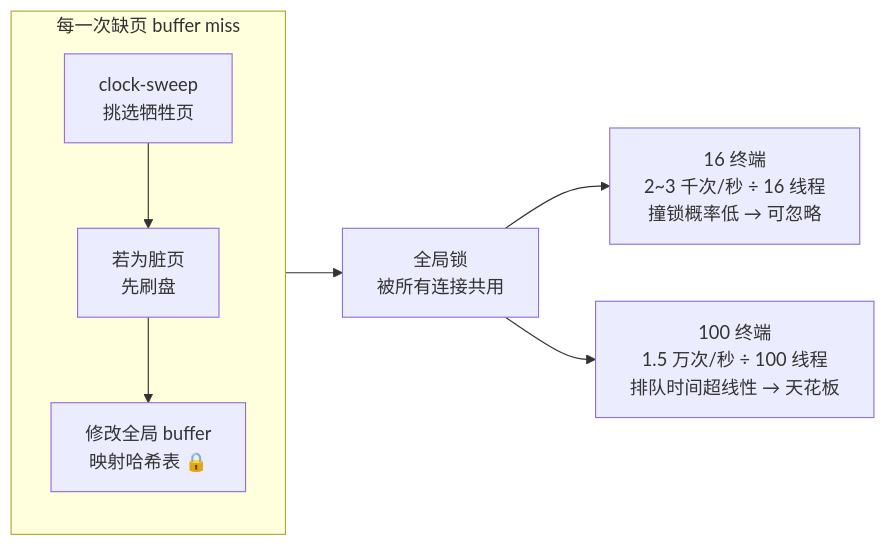
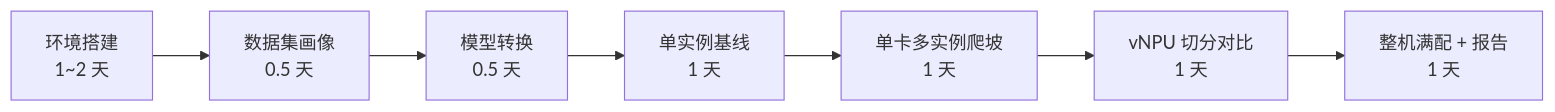
One commit to zhaolin191544/csgo changed the fourth of 6 diagrams in slides.md. Above: the diagram before and after it, drawn with Mermaid. The commit also changed other lines of this file and 7 other files, not shown here.

````diff
--- a/slides.md
+++ b/slides.md
@@ -808,10 +751,5 @@
-```mermaid {scale: 0.68}
+```mermaid {scale: 0.52}
 flowchart LR
-    subgraph MISS["每一次缺页 buffer miss"]
-        direction TB
-        S1["clock-sweep<br/>挑选牺牲页"] --> S2["若为脏页<br/>先刷盘"] --> S3["修改全局 buffer<br/>映射哈希表 🔒"]
-    end
-    MISS --> L["全局锁<br/>被所有连接共用"]
-    L --> T16["16 终端<br/>2~3 千次/秒 ÷ 16 线程<br/>撞锁概率低 → 可忽略"]
-    L --> T100["100 终端<br/>1.5 万次/秒 ÷ 100 线程<br/>排队时间超线性 → 天花板"]
+    A["环境搭建<br/>1~2 天"] --> B["数据集画像<br/>0.5 天"] --> C["模型转换<br/>0.5 天"] --> D["单实例基线<br/>1 天"]
+    D --> E["单卡多实例爬坡<br/>1 天"] --> F["vNPU 切分对比<br/>1 天"] --> G["整机满配 + 报告<br/>1 天"]
 ```
````
